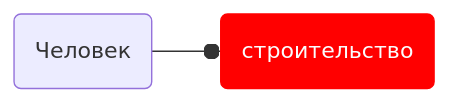
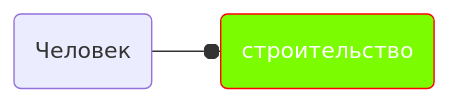
Before and after one commit to Kostrov2003/FirstSite: the diagram in test.md, drawn with Mermaid.

````diff
--- a/test.md
+++ b/test.md
@@ -1,7 +1,8 @@
 ```mermaid 
 graph LR
 classDef class1 fill:#FF0000,stroke:#FF0000,color:#fbfdfe
+classDef class1 fill:#7CFC00,color:#FFFFFF
 
 A(Человек <br>) --o B(строительство <br>):::class1
 click B "https://habr.com/ru/company/rostelecom/blog/570098/"
 ```
````
